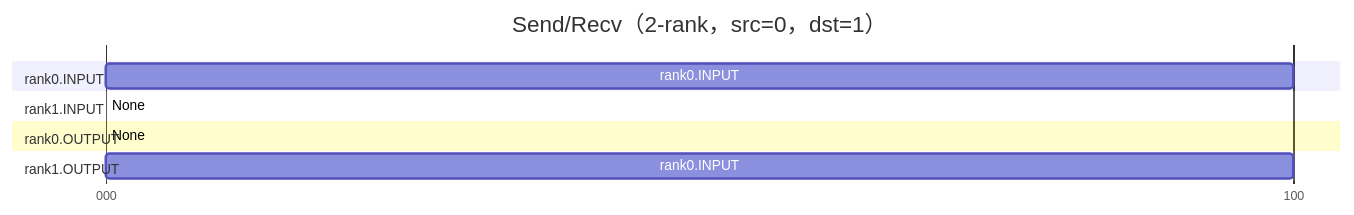
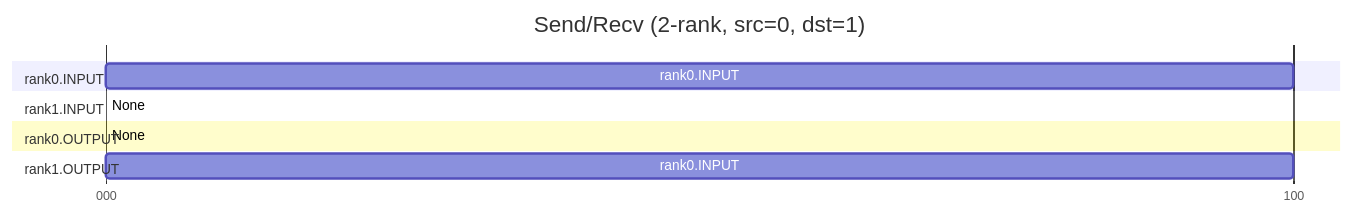
Before and after one commit to Atlas-Ascend-Fork/hcomm: diagram 12 of 19 in test/hccl_vm/docs/checker_quick_intro_en.md, drawn with Mermaid. The commit also changed other lines of this file and 73 other files, not shown here.

````diff
--- a/test/hccl_vm/docs/checker_quick_intro_en.md
+++ b/test/hccl_vm/docs/checker_quick_intro_en.md
@@ -478,19 +478,19 @@
 ```mermaid
 gantt
-    title Send/Recv（2-rank，src=0，dst=1）
+    title Send/Recv (2-rank, src=0, dst=1)
     dateFormat x
     axisFormat %L
     tickInterval 100millisecond
 
     section rank0.INPUT
     rank0.INPUT : 0, 100
 
     section rank1.INPUT
     None: 0,0
 
     section rank0.OUTPUT
     None: 0,0
 
     section rank1.OUTPUT
     rank0.INPUT : 0, 100
 ```
````
